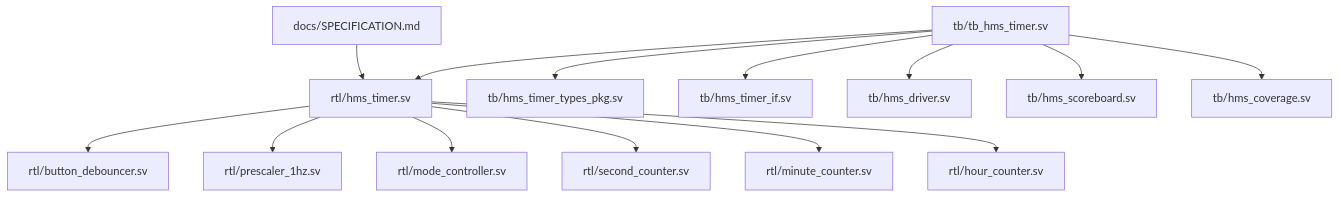
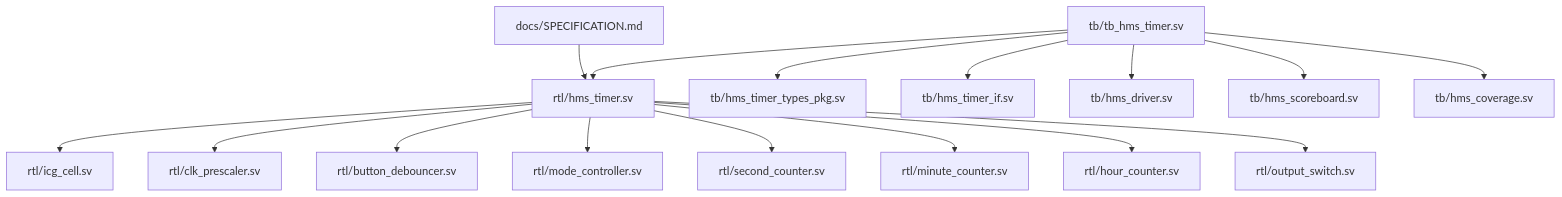
Before and after one commit to ngobinh1/Digital_Clock: the diagram in repo_map.md, drawn with Mermaid. The commit also changed other lines of this file and 72 other files, not shown here.

Commit message:
feat(spec,rtl): update architecture v2.3 with decoupled submodules, Draw.io/WaveDrom diagrams, and formal specification

````diff
--- a/repo_map.md
+++ b/repo_map.md
@@ -35,17 +41,19 @@
 ```mermaid
 graph TD
     SPEC["docs/SPECIFICATION.md"] --> TOP["rtl/hms_timer.sv"]
+    TOP --> ICG["rtl/icg_cell.sv"]
+    TOP --> PSC["rtl/clk_prescaler.sv"]
     TOP --> DEB["rtl/button_debouncer.sv"]
-    TOP --> PSC["rtl/prescaler_1hz.sv"]
     TOP --> FSM["rtl/mode_controller.sv"]
     TOP --> SEC["rtl/second_counter.sv"]
     TOP --> MIN["rtl/minute_counter.sv"]
     TOP --> HR["rtl/hour_counter.sv"]
+    TOP --> MUX["rtl/output_switch.sv"]
 
     TB["tb/tb_hms_timer.sv"] --> PKG["tb/hms_timer_types_pkg.sv"]
     TB --> IF["tb/hms_timer_if.sv"]
     TB --> DRV["tb/hms_driver.sv"]
     TB --> SCB["tb/hms_scoreboard.sv"]
     TB --> COV["tb/hms_coverage.sv"]
     TB --> TOP
 ```
````
